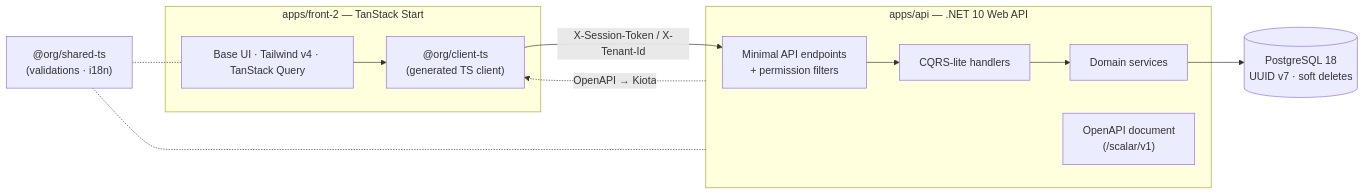
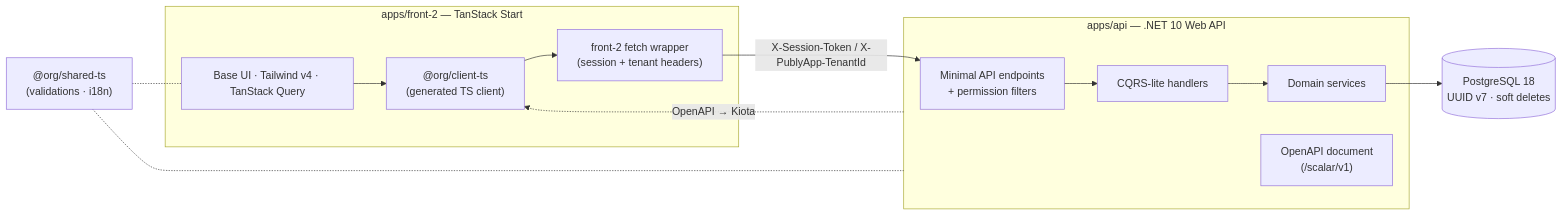
Before and after one commit to PublyApp/publyapp: the first of 2 diagrams in README.md, drawn with Mermaid. The commit also changed other lines of this file, not shown here.

Commit message:
docs: correct request header ownership

````diff
--- a/README.md
+++ b/README.md
@@ -91,23 +91,24 @@
 ```mermaid
 flowchart LR
     subgraph Client["apps/front-2 — TanStack Start"]
         UI["Base UI · Tailwind v4 · TanStack Query"]
         TSClient["@org/client-ts\n(generated TS client)"]
+        FetchWrapper["front-2 fetch wrapper\n(session + tenant headers)"]
     end
 
     subgraph Server["apps/api — .NET 10 Web API"]
         Endpoints["Minimal API endpoints\n+ permission filters"]
         Handlers["CQRS-lite handlers"]
         Services["Domain services"]
         OpenAPI["OpenAPI document\n(/scalar/v1)"]
     end
 
     DB[("PostgreSQL 18\nUUID v7 · soft deletes")]
     Shared["@org/shared-ts\n(validations · i18n)"]
 
-    UI --> TSClient -->|X-Session-Token / X-Tenant-Id| Endpoints
+    UI --> TSClient --> FetchWrapper -->|X-Session-Token / X-PublyApp-TenantId| Endpoints
     Endpoints --> Handlers --> Services --> DB
     Server -.->|OpenAPI → Kiota| TSClient
     Shared -.- UI
     Shared -.- Server
 ```
````
